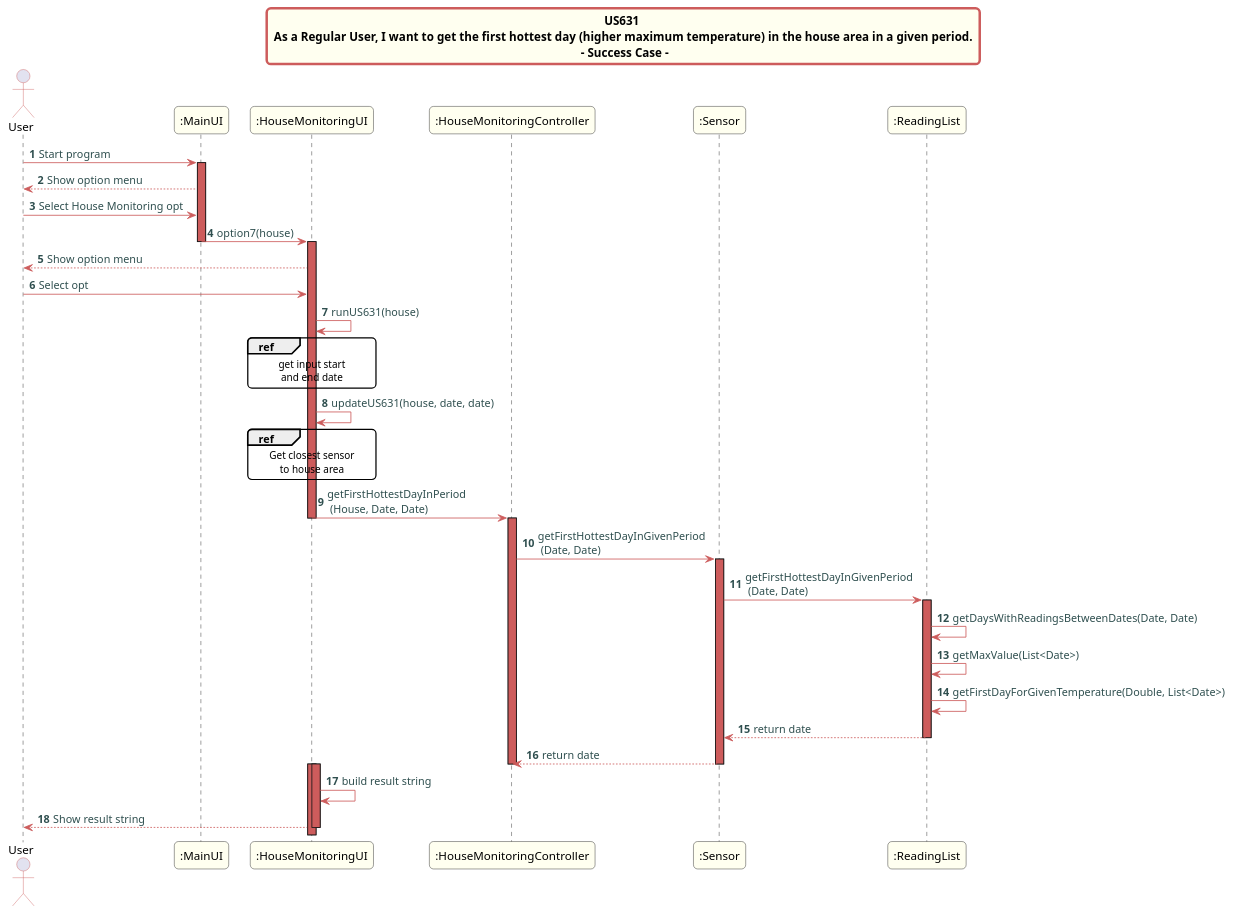
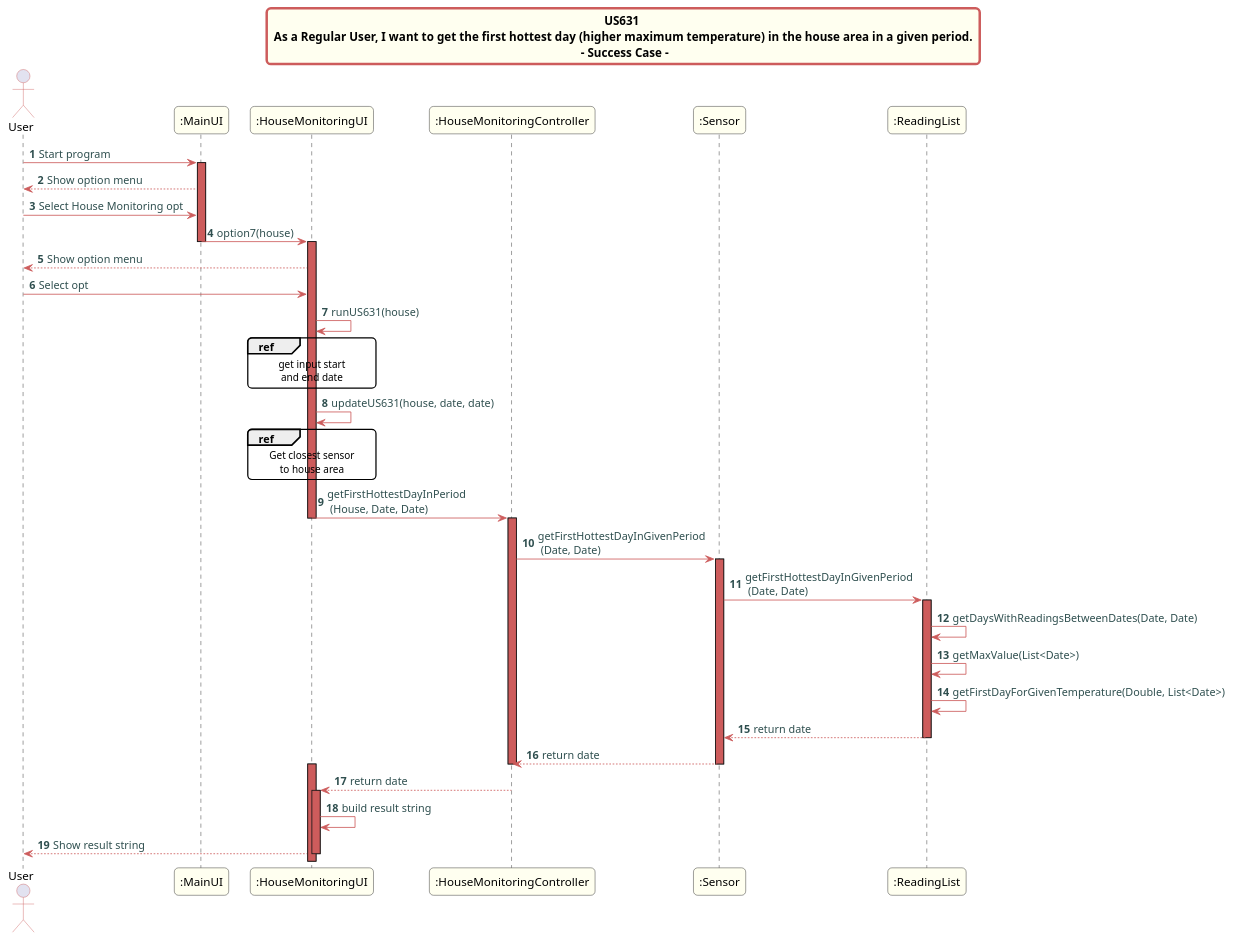
One commit to Almadanmp/project changed the diagram in src/doc/Controllers/HouseMonitoring/US631/US631_sd_HouseMonitoring.puml. Above: the diagram before and after it, drawn with PlantUML.

Commit message:
REF #168: sd uml added return from 16 to 17

```diff
--- a/src/doc/Controllers/HouseMonitoring/US631/US631_sd_HouseMonitoring.puml
+++ b/src/doc/Controllers/HouseMonitoring/US631/US631_sd_HouseMonitoring.puml
@@ -1,85 +1,85 @@
 @startuml
 skinparam titleBorderRoundCorner 10
 skinparam titleBorderThickness 3
 skinparam titleBorderColor indianred
 skinparam titleBackgroundColor ivory
 skinparam FontName quicksand
 
 skinparam actor {
   BorderColor indianred
   }
 
 skinparam sequence {
   LifeLineBackgroundColor indianred
   ParticipantBackgroundColor ivory
 }
 
 skinparam roundcorner 10
 
 skinparam component {
   arrowThickness 1
   ArrowFontName Verdana
   ArrowColor indianred
   ArrowFontColor darkslategrey
 }
 
 title US631 \n As a Regular User, I want to get the first hottest day (higher maximum temperature) in the house area in a given period. \n - Success Case -
 
 autonumber
 
 actor User
 
 User -> ":MainUI": Start program
 activate ":MainUI"
 
 ":MainUI" --> User: Show option menu
 User -> ":MainUI": Select House Monitoring opt
 ":MainUI" -> ":HouseMonitoringUI": option7(house)
 deactivate ":MainUI"
 activate ":HouseMonitoringUI"
 ":HouseMonitoringUI" --> User: Show option menu
 User -> ":HouseMonitoringUI": Select opt
 ":HouseMonitoringUI" -> ":HouseMonitoringUI": runUS631(house)
 
 ref over ":HouseMonitoringUI"
 get input start
 and end date
 end ref
 
 ":HouseMonitoringUI" -> ":HouseMonitoringUI": updateUS631(house, date, date)
 ref over ":HouseMonitoringUI"
 Get closest sensor
 to house area
 end ref
 
 ":HouseMonitoringUI" -> ":HouseMonitoringController": getFirstHottestDayInPeriod\n (House, Date, Date)
 deactivate ":HouseMonitoringUI"
 activate ":HouseMonitoringController"
 ":HouseMonitoringController" -> ":Sensor": getFirstHottestDayInGivenPeriod\n (Date, Date)
 
 activate ":Sensor"
 
 ":Sensor" -> ":ReadingList": getFirstHottestDayInGivenPeriod\n (Date, Date)
 activate ":ReadingList"
 
 ":ReadingList"->":ReadingList": getDaysWithReadingsBetweenDates(Date, Date)
 ":ReadingList"->":ReadingList": getMaxValue(List<Date>)
 ":ReadingList"->":ReadingList": getFirstDayForGivenTemperature(Double, List<Date>)
 ":ReadingList" --> ":Sensor": return date
 deactivate ":ReadingList"
 ":Sensor" --> ":HouseMonitoringController": return date
 deactivate ":Sensor"
 deactivate ":HouseMonitoringController"
 activate ":HouseMonitoringUI"
-
+":HouseMonitoringController" --> ":HouseMonitoringUI": return date
 deactivate ":HouseMonitoringController"
 activate ":HouseMonitoringUI"
 
 ":HouseMonitoringUI" -> ":HouseMonitoringUI": build result string
 
 ":HouseMonitoringUI" --> User: Show result string
 deactivate ":HouseMonitoringUI"
 
 deactivate ":MainUI"
 
 @enduml
```
